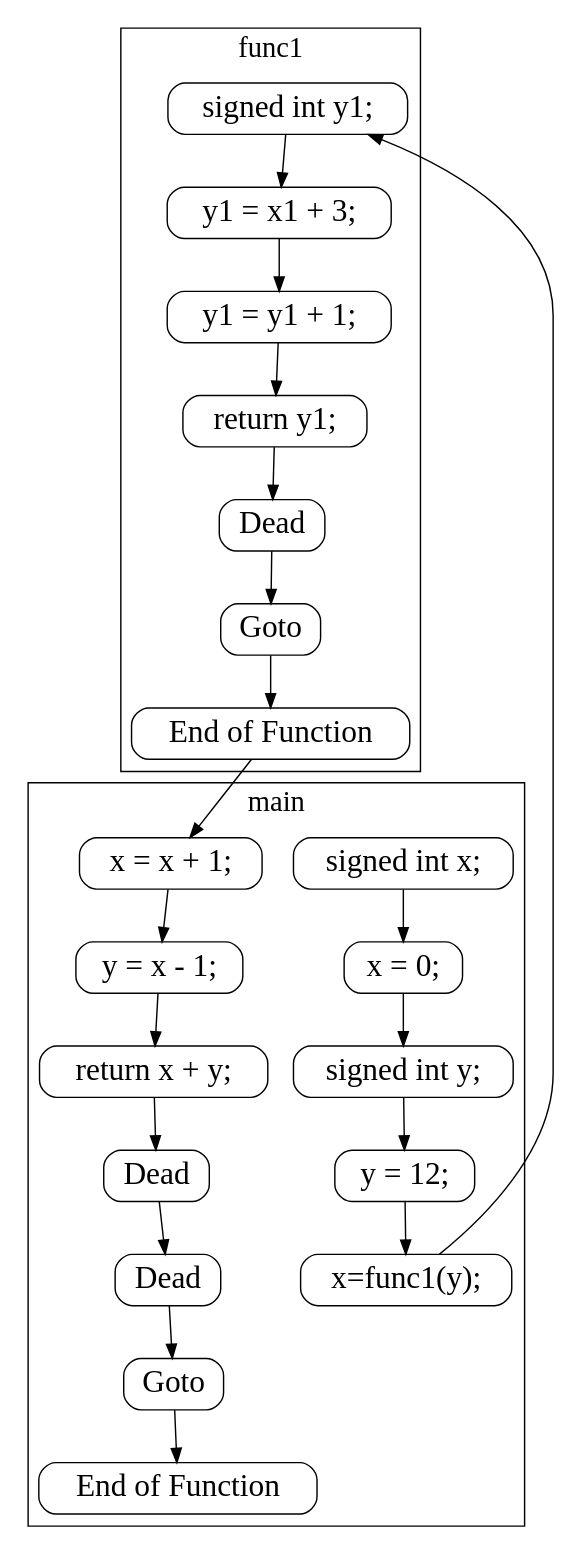
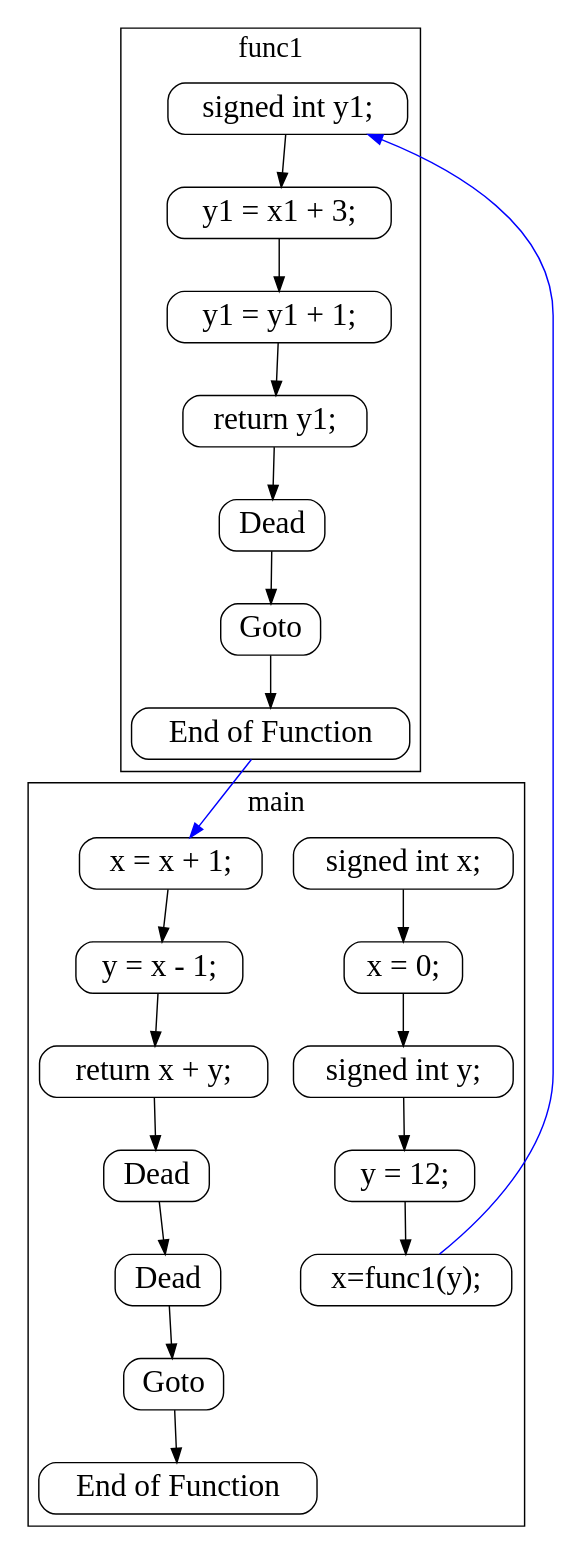
One commit to meysamkhazaee/dot_parser changed the diagram in output/singlefunctionscalls-cfg-goto/singlefunctionscalls-cfg-goto_updated1.dot. Above: the diagram before and after it, drawn with Graphviz. The commit also changed 41 other files, not shown here.

```diff
--- a/output/singlefunctionscalls-cfg-goto/singlefunctionscalls-cfg-goto_updated1.dot
+++ b/output/singlefunctionscalls-cfg-goto/singlefunctionscalls-cfg-goto_updated1.dot
@@ -1,53 +1,53 @@
 digraph G {
 color=black;
 orientation=portrait;
 fontsize=20;
 compound=true;
 size="30,40";
 ratio=compress;
 subgraph "cluster_main" {
 label="main";
 Node_0_0 [shape=Mrecord, fontsize=22, label="signed int x;"];
 Node_0_0 -> Node_0_1;
 Node_0_1 [shape=Mrecord, fontsize=22, label="x = 0;"];
 Node_0_1 -> Node_0_2;
 Node_0_2 [shape=Mrecord, fontsize=22, label="signed int y;"];
 Node_0_2 -> Node_0_3;
 Node_0_3 [shape=Mrecord, fontsize=22, label="y = 12;"];
 Node_0_3 -> Node_0_4;
 Node_0_4 [shape=Mrecord, fontsize=22, label="x=func1(y);"];
 Node_0_5 [shape=Mrecord, fontsize=22, label="x = x + 1;"];
 Node_0_5 -> Node_0_6;
 Node_0_6 [shape=Mrecord, fontsize=22, label="y = x - 1;"];
 Node_0_6 -> Node_0_7;
 Node_0_7 [shape=Mrecord, fontsize=22, label="return x + y;"];
 Node_0_7 -> Node_0_8;
 Node_0_8 [shape=Mrecord, fontsize=22, label="Dead"];
 Node_0_8 -> Node_0_9;
 Node_0_9 [shape=Mrecord, fontsize=22, label="Dead"];
 Node_0_9 -> Node_0_10;
 Node_0_10 [shape=Mrecord, fontsize=22, label="Goto"];
 Node_0_10 -> Node_0_11;
 Node_0_11 [shape=Mrecord, fontsize=22, label="End of Function"];
 }
 
 subgraph "cluster_func1" {
 label="func1";
 Node_1_12 [shape=Mrecord, fontsize=22, label="signed int y1;"];
 Node_1_12 -> Node_1_13;
 Node_1_13 [shape=Mrecord, fontsize=22, label="y1 = x1 + 3;"];
 Node_1_13 -> Node_1_14;
 Node_1_14 [shape=Mrecord, fontsize=22, label="y1 = y1 + 1;"];
 Node_1_14 -> Node_1_15;
 Node_1_15 [shape=Mrecord, fontsize=22, label="return y1;"];
 Node_1_15 -> Node_1_16;
 Node_1_16 [shape=Mrecord, fontsize=22, label="Dead"];
 Node_1_16 -> Node_1_17;
 Node_1_17 [shape=Mrecord, fontsize=22, label="Goto"];
 Node_1_17 -> Node_1_18;
 Node_1_18 [shape=Mrecord, fontsize=22, label="End of Function"];
 }
 
-Node_0_4 -> Node_1_12;
-Node_1_18 -> Node_0_5;
+Node_0_4 -> Node_1_12 [color=blue];
+Node_1_18 -> Node_0_5 [color=blue];
 }
```
